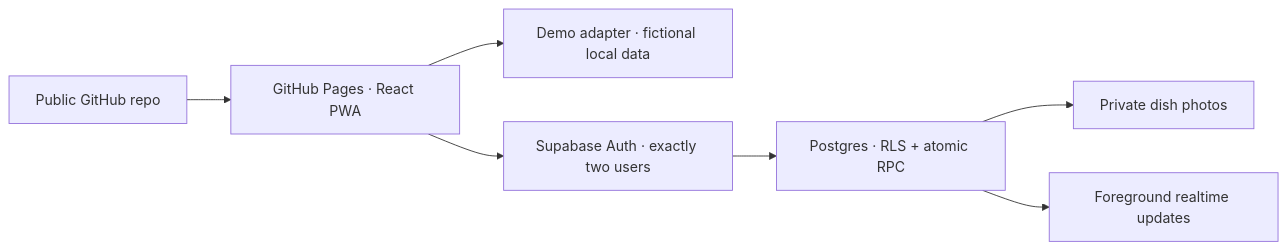
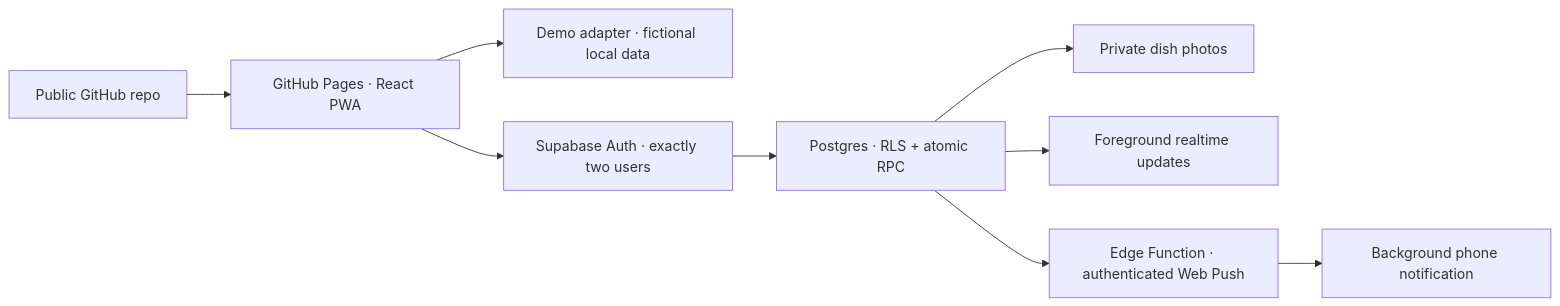
The diagram in README.md (ovo1145141919810/couple-menu-pwa), drawn with Mermaid before and after one commit. The commit also changed other lines of this file and 22 other files, not shown here.

````diff
--- a/README.md
+++ b/README.md
@@ -28,9 +29,11 @@
 ```mermaid
 flowchart LR
   GitHub["Public GitHub repo"] --> Pages["GitHub Pages · React PWA"]
   Pages --> Demo["Demo adapter · fictional local data"]
   Pages --> Auth["Supabase Auth · exactly two users"]
   Auth --> RLS["Postgres · RLS + atomic RPC"]
   RLS --> Storage["Private dish photos"]
   RLS --> Realtime["Foreground realtime updates"]
+  RLS --> Edge["Edge Function · authenticated Web Push"]
+  Edge --> Device["Background phone notification"]
 ```
````
